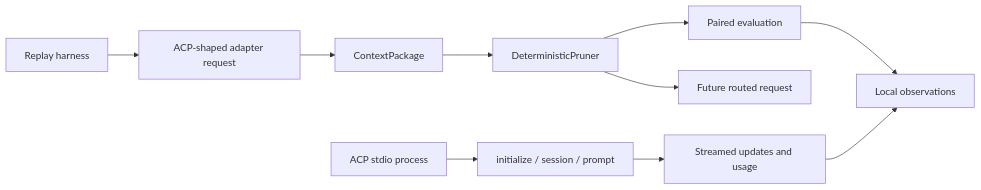
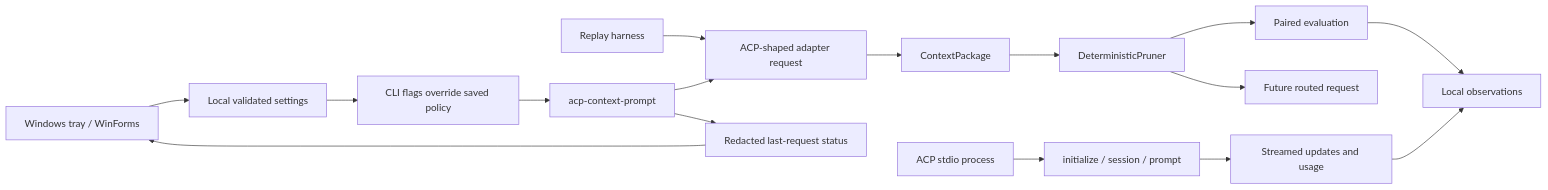
Before and after one commit to izanorshahril/tokenmill: the diagram in docs/architecture.md, drawn with Mermaid. The commit also changed other lines of this file and 13 other files, not shown here.

````diff
--- a/docs/architecture.md
+++ b/docs/architecture.md
@@ -3,12 +3,18 @@
 ```mermaid
 flowchart LR
     Adapter[ACP-shaped adapter request] --> Capture[ContextPackage]
     Capture --> Saver[DeterministicPruner]
     Saver --> Evaluation[Paired evaluation]
     Evaluation --> Observe[Local observations]
     Saver --> Request[Future routed request]
     Replay[Replay harness] --> Adapter
     Process[ACP stdio process] --> Lifecycle[initialize / session / prompt]
     Lifecycle --> Updates[Streamed updates and usage]
     Updates --> Observe
+    Tray[Windows tray / WinForms] --> Settings[Local validated settings]
+    Settings --> Policy[CLI flags override saved policy]
+    Policy --> ContextCommand[acp-context-prompt]
+    ContextCommand --> Adapter
+    ContextCommand --> Status[Redacted last-request status]
+    Status --> Tray
 ```
````
